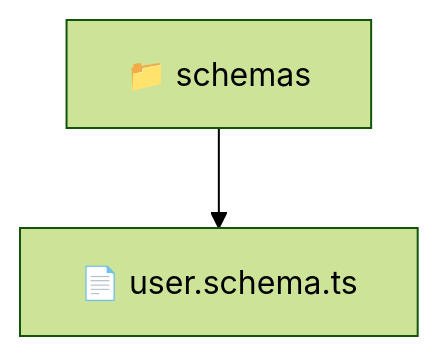
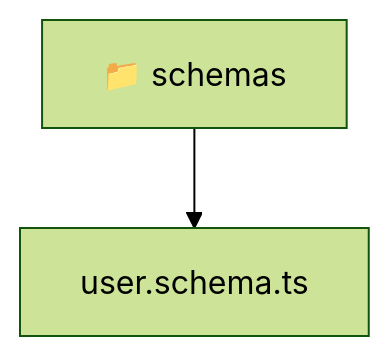
One commit to beginwebdev2002/fullstack-mavluda changed the diagram in backend/src/modules/user/infrastructure/schemas/README.md. Above: the diagram before and after it, drawn with Mermaid (forest theme). The commit also changed other lines of this file and 167 other files, not shown here.

````diff
--- a/backend/src/modules/user/infrastructure/schemas/README.md
+++ b/backend/src/modules/user/infrastructure/schemas/README.md
@@ -9,5 +9,6 @@
 ```mermaid
 graph TD
-  Root["📁 schemas"]
-  Root --> user_schema_ts["📄 user.schema.ts"]
+  Root_schemas["📁 schemas"]
+  f_user_schema_ts["user.schema.ts"]
+  Root_schemas --> f_user_schema_ts
 ```
````
